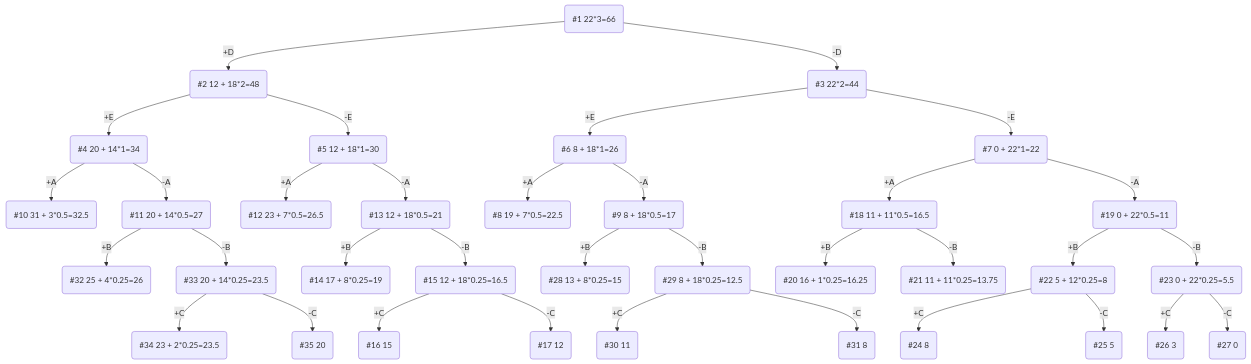
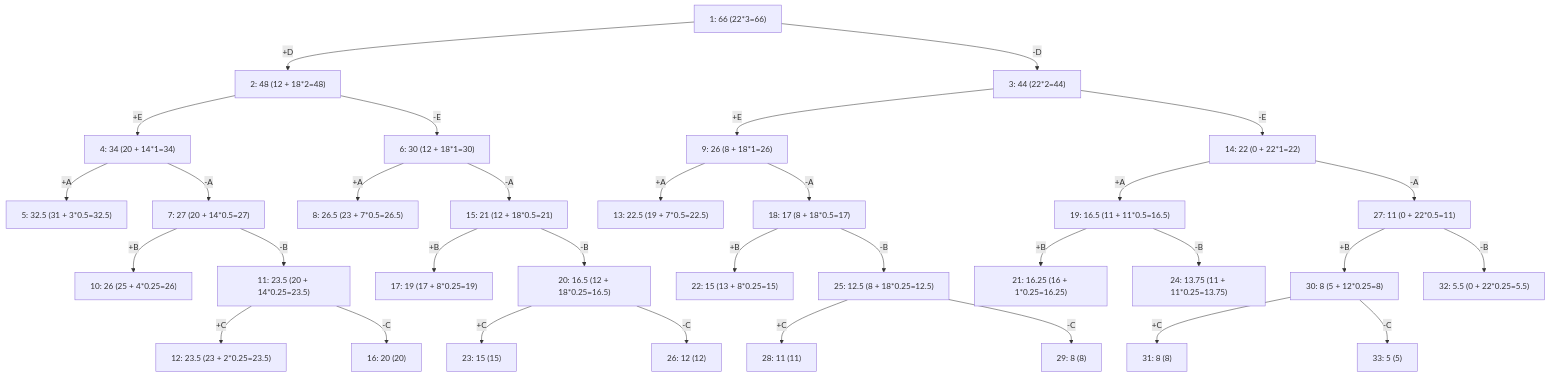
The diagram in task-11/milty-task-11.md (hse-algo-24-crow/manual-tasks-crow), drawn with Mermaid before and after one commit. The commit also changed other lines of this file, not shown here.

Commit message:
задание № 11 - Исправления, от 12 марта

````diff
--- a/task-11/milty-task-11.md
+++ b/task-11/milty-task-11.md
@@ -38,91 +34,67 @@
 ```mermaid
-graph TB
-    %% Корень. Рассматриваем D
-    1(#1 22*3=66) --> |+D|2(#2 12 + 18*2=48)
-    1 --> |-D|3(#3 22*2=44)
-
-    %% Узел #2 (D взят) -> E
-    2 --> |+E|4(#4 20 + 14*1=34)
-    2 --> |-E|5(#5 12 + 18*1=30)
-
-    %% Узел #3 (D не взят) -> E
-    3 --> |+E|6(#6 8 + 18*1=26)
-    3 --> |-E|7(#7 0 + 22*1=22)
-
-    %% Узел #6 (D=0,E=1) -> A
-    6 --> |+A|8(#8 19 + 7*0.5=22.5)
-    6 --> |-A|9(#9 8 + 18*0.5=17)
-
-    %% Узел #4 (D=1,E=1) -> A
-    4 --> |+A|10(#10 31 + 3*0.5=32.5)
-    4 --> |-A|11(#11 20 + 14*0.5=27)
-
-    %% -- Достраиваем ветви для B и C --
-
-    %% Узел #5 (D=1,E=0) -> A
-    5 --> |+A|12(#12 23 + 7*0.5=26.5)
-    5 --> |-A|13(#13 12 + 18*0.5=21)
-
-    %% Узел #12 (D=1,E=0,A=1): B вес=10 не помещается (cap=7), C тоже => лист
-
-    %% Узел #13 (D=1,E=0,A=0) -> B
-    13 --> |+B|14(#14 17 + 8*0.25=19)
-    13 --> |-B|15(#15 12 + 18*0.25=16.5)
-
-    %% Узел #14 (D=1,E=0,A=0,B=1): C (вес=12) не помещается (cap=8) => лист
-
-    %% Узел #15 (D=1,E=0,A=0,B=0) -> C
-    15 --> |+C|16(#16 15)
-    15 --> |-C|17(#17 12)
-
-    %% Узел #16: (D=1,E=0,A=0,B=0,C=1), остаток 6 => лист
-    %% Узел #17: (D=1,E=0,A=0,B=0,C=0), остаток 18 => лист
-
-    %% Узел #7 (D=0,E=0) -> A
-    7 --> |+A|18(#18 11 + 11*0.5=16.5)
-    7 --> |-A|19(#19 0 + 22*0.5=11)
-
-    %% Узел #18 (A=1) -> B
-    18 --> |+B|20(#20 16 + 1*0.25=16.25)
-    18 --> |-B|21(#21 11 + 11*0.25=13.75)
-    %% #20: B взят (cost=16, cap=1), C не помещается => лист
-    %% #21: B не взят (cost=11, cap=11), C вес=12 не помещается => лист
-
-    %% Узел #19 (A=0) -> B
-    19 --> |+B|22(#22 5 + 12*0.25=8)
-    19 --> |-B|23(#23 0 + 22*0.25=5.5)
-
-    %% Узел #22 (B=1, cost=5, cap=12) -> C
-    22 --> |+C|24(#24 8)
-    22 --> |-C|25(#25 5)
-
-    %% Узел #23 (B=0, cost=0, cap=22) -> C
-    23 --> |+C|26(#26 3)
-    23 --> |-C|27(#27 0)
-
-    %% Узел #8 (D=0,E=1,A=1, cost=19, cap=7) -> B вес=10 не помещается => лист
-
-    %% Узел #9 (D=0,E=1,A=0, cost=8, cap=18) -> B
-    9 --> |+B|28(#28 13 + 8*0.25=15)
-    9 --> |-B|29(#29 8 + 18*0.25=12.5)
-
-
-    %% Узел #28 (B=1): C не помещается (cap=8, вес=12) => лист
-    %% Узел #29 (B=0) -> C
-    29 --> |+C|30(#30 11)
-    29 --> |-C|31(#31 8)
-
-    %% Узел #10 (D=1,E=1,A=1, cost=31, cap=3) -> B вес=10, C=12 => не помещаются => лист
-
-    %% Узел #11 (D=1,E=1,A=0, cost=20, cap=14) -> B
-    11 --> |+B|32(#32 25 + 4*0.25=26)
-    11 --> |-B|33(#33 20 + 14*0.25=23.5)
-
-    %% Узел #32 (B=1, cost=25, cap=4): C не помещается => лист
-    %% Узел #33 (B=0, cost=20, cap=14) -> C
-    33 --> |+C|34(#34 23 + 2*0.25=23.5)
-    33 --> |-C|35(#35 20)
-
-    %% Узлы #34 и #35 - листы
-
+graph TD
+    %% Корень
+    N1["1: 66 (22*3=66)"]
+    N1 -->|+D| N2["2: 48 (12 + 18*2=48)"]
+    N1 -->|-D| N3["3: 44 (22*2=44)"]
+    
+    %% Раскрытие узлов из N2 ()
+    N2 -->|+E| N4["4: 34 (20 + 14*1=34)"]
+    N2 -->|-E| N6["6: 30 (12 + 18*1=30)"]
+    
+    %% Раскрытие узлов из N3 ()
+    N3 -->|+E| N9["9: 26 (8 + 18*1=26)"]
+    N3 -->|-E| N14["14: 22 (0 + 22*1=22)"]
+    
+    %% Раскрытие узлов из N4 ()
+    N4 -->|+A| N5["5: 32.5 (31 + 3*0.5=32.5)"]
+    N4 -->|-A| N7["7: 27 (20 + 14*0.5=27)"]
+    
+    %% Раскрытие узлов из N6 ()
+    N6 -->|+A| N8["8: 26.5 (23 + 7*0.5=26.5)"]
+    N6 -->|-A| N15["15: 21 (12 + 18*0.5=21)"]
+    
+    %% Раскрытие узлов из N7 ()
+    N7 -->|+B| N10["10: 26 (25 + 4*0.25=26)"]
+    N7 -->|-B| N11["11: 23.5 (20 + 14*0.25=23.5)"]
+    
+    %% Раскрытие узлов из N11 ()
+    N11 -->|+C| N12["12: 23.5 (23 + 2*0.25=23.5)"]
+    N11 -->|-C| N16["16: 20 (20)"]
+    
+    %% Раскрытие узлов из N9 ()
+    N9 -->|+A| N13["13: 22.5 (19 + 7*0.5=22.5)"]
+    N9 -->|-A| N18["18: 17 (8 + 18*0.5=17)"]
+    
+    %% Раскрытие узлов из N18 ()
+    N18 -->|+B| N22["22: 15 (13 + 8*0.25=15)"]
+    N18 -->|-B| N25["25: 12.5 (8 + 18*0.25=12.5)"]
+    
+    %% Раскрытие узлов из N25 ()
+    N25 -->|+C| N28["28: 11 (11)"]
+    N25 -->|-C| N29["29: 8 (8)"]
+    
+    %% Раскрытие узлов из N14 ()
+    N14 -->|+A| N19["19: 16.5 (11 + 11*0.5=16.5)"]
+    N14 -->|-A| N27["27: 11 (0 + 22*0.5=11)"]
+    
+    %% Раскрытие узлов из N19 ()
+    N19 -->|+B| N21["21: 16.25 (16 + 1*0.25=16.25)"]
+    N19 -->|-B| N24["24: 13.75 (11 + 11*0.25=13.75)"]
+    
+    %% Раскрытие узлов из N15 ()
+    N15 -->|+B| N17["17: 19 (17 + 8*0.25=19)"]
+    N15 -->|-B| N20["20: 16.5 (12 + 18*0.25=16.5)"]
+    
+    %% Раскрытие узлов из N20 ()
+    N20 -->|+C| N23["23: 15 (15)"]
+    N20 -->|-C| N26["26: 12 (12)"]
+    
+    %% Раскрытие узлов из N27 ()
+    N27 -->|+B| N30["30: 8 (5 + 12*0.25=8)"]
+    N27 -->|-B| N32["32: 5.5 (0 + 22*0.25=5.5)"]
+    
+    %% Раскрытие узлов из N30 ()
+    N30 -->|+C| N31["31: 8 (8)"]
+    N30 -->|-C| N33["33: 5 (5)"]
 ```
````
